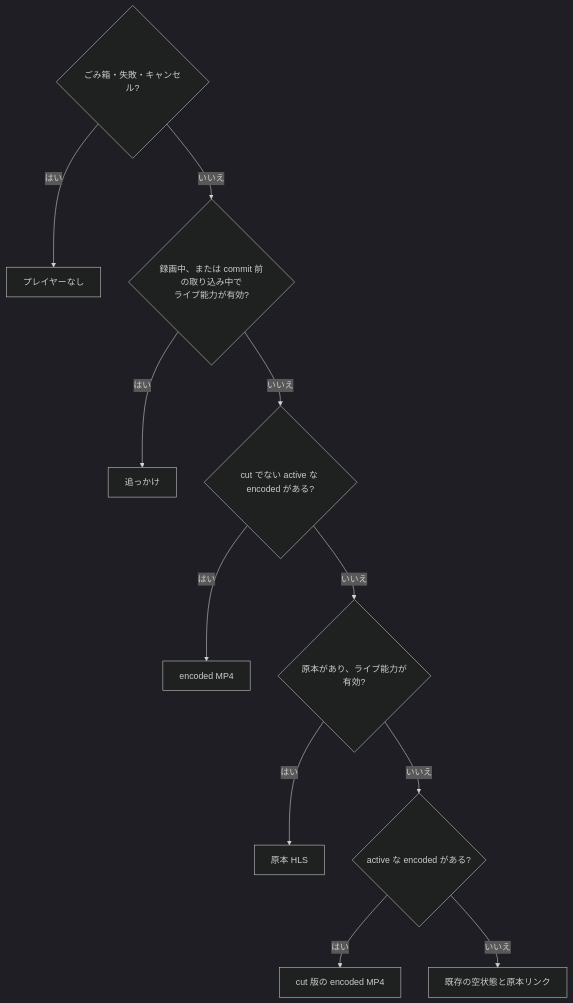
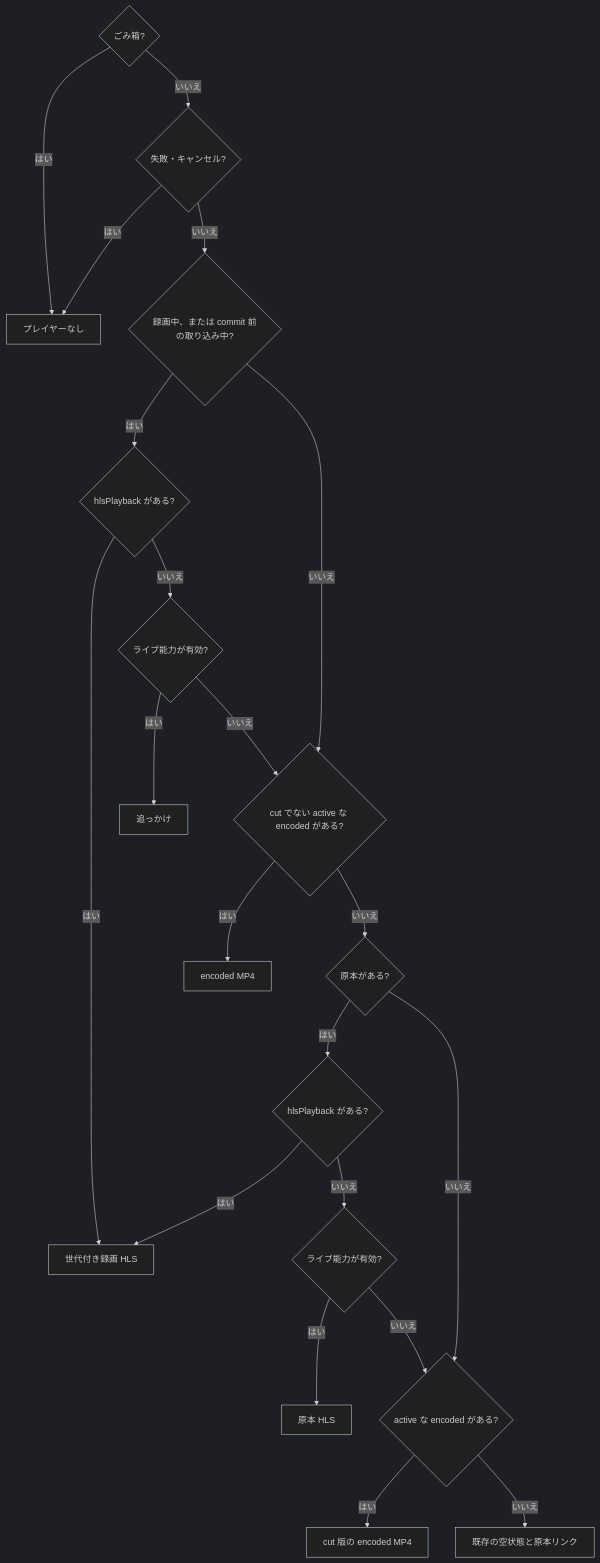
The diagram in docs/frontend/recordings/playback.md (fetburner/rokuban), drawn with Mermaid (dark theme) before and after one commit. The commit also changed other lines of this file and 16 other files, not shown here.

````diff
--- a/docs/frontend/recordings/playback.md
+++ b/docs/frontend/recordings/playback.md
@@ -11,13 +11,23 @@
 ```mermaid
 flowchart TD
-  A{ごみ箱・失敗・キャンセル?} -->|はい| N[プレイヤーなし]
-  A -->|いいえ| B{録画中、または commit 前の取り込み中で<br>ライブ能力が有効?}
-  B -->|はい| C[追っかけ]
-  B -->|いいえ| D{cut でない active な encoded がある?}
-  D -->|はい| E[encoded MP4]
-  D -->|いいえ| F{原本があり、ライブ能力が有効?}
-  F -->|はい| G[原本 HLS]
-  F -->|いいえ| H{active な encoded がある?}
-  H -->|はい| I[cut 版の encoded MP4]
-  H -->|いいえ| J[既存の空状態と原本リンク]
+  A{ごみ箱?} -->|はい| N[プレイヤーなし]
+  A -->|いいえ| D{失敗・キャンセル?}
+  D -->|はい| N
+  D -->|いいえ| E{録画中、または commit 前の取り込み中?}
+  E -->|はい| E2{hlsPlayback がある?}
+  E2 -->|はい| C[世代付き録画 HLS]
+  E2 -->|いいえ| E3{ライブ能力が有効?}
+  E3 -->|はい| F[追っかけ]
+  E3 -->|いいえ| G
+  E -->|いいえ| G{cut でない active な encoded がある?}
+  G -->|はい| H[encoded MP4]
+  G -->|いいえ| I{原本がある?}
+  I -->|はい| I2{hlsPlayback がある?}
+  I2 -->|はい| C
+  I2 -->|いいえ| I3{ライブ能力が有効?}
+  I3 -->|はい| J[原本 HLS]
+  I3 -->|いいえ| K
+  I -->|いいえ| K{active な encoded がある?}
+  K -->|はい| L[cut 版の encoded MP4]
+  K -->|いいえ| M[既存の空状態と原本リンク]
 ```
````
